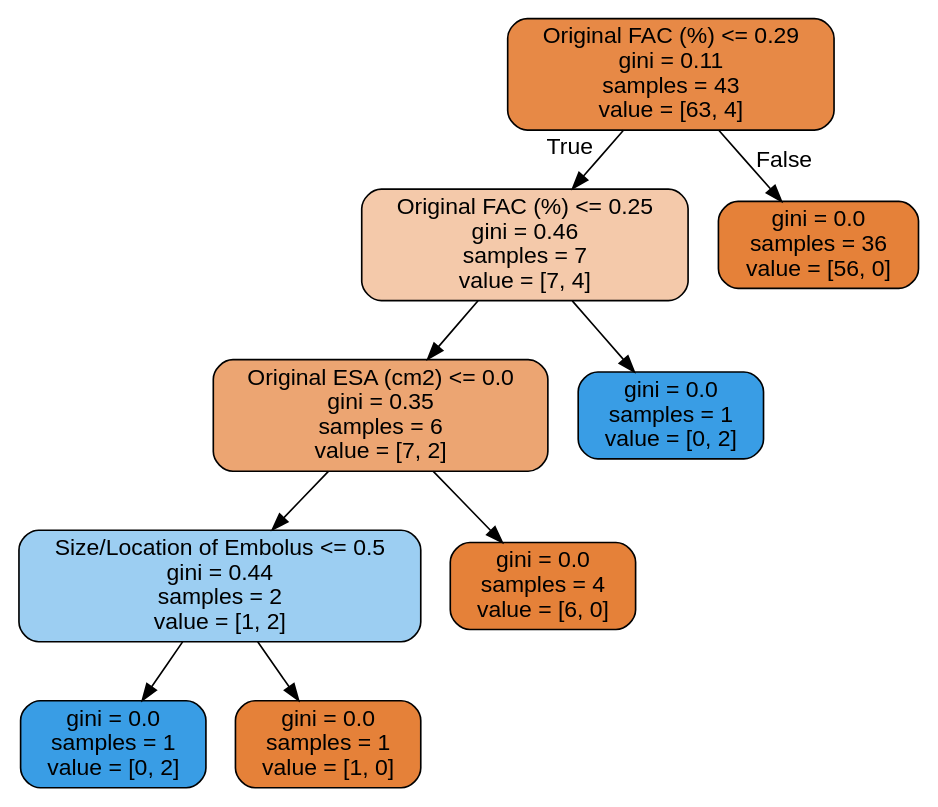
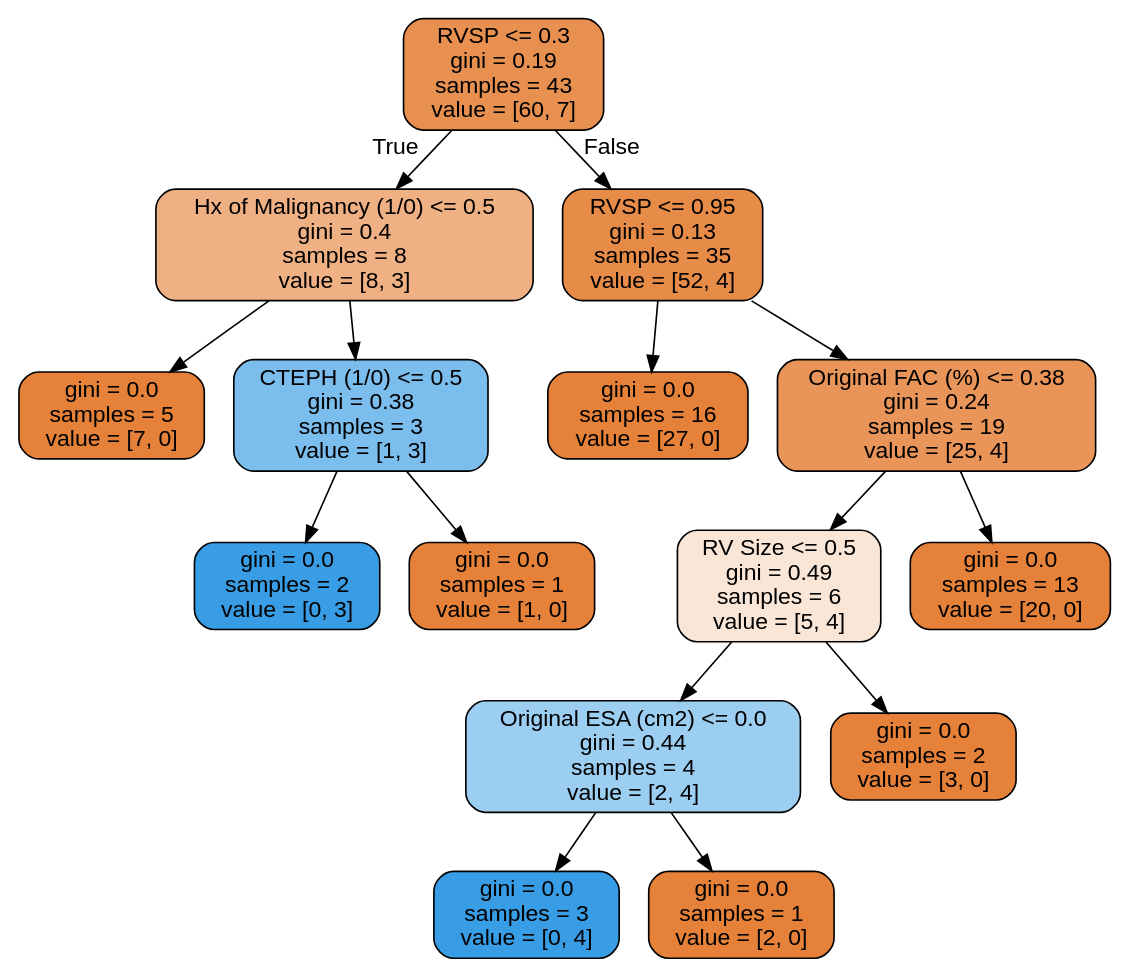
One commit to nitro41992/cs634-final-project changed the diagram in tree.dot. Above: the diagram before and after it, drawn with Graphviz. The commit also changed 2 other files, not shown here.

```diff
--- a/tree.dot
+++ b/tree.dot
@@ -1,21 +1,33 @@
 digraph Tree {
 node [shape=box, style="filled, rounded", color="black", fontname=helvetica] ;
 edge [fontname=helvetica] ;
-0 [label=" Original FAC (%) <= 0.29\ngini = 0.11\nsamples = 43\nvalue = [63, 4]", fillcolor="#e78946"] ;
-1 [label=" Original FAC (%) <= 0.25\ngini = 0.46\nsamples = 7\nvalue = [7, 4]", fillcolor="#f4c9aa"] ;
+0 [label="RVSP <= 0.3\ngini = 0.19\nsamples = 43\nvalue = [60, 7]", fillcolor="#e89050"] ;
+1 [label="Hx of Malignancy (1/0) <= 0.5\ngini = 0.4\nsamples = 8\nvalue = [8, 3]", fillcolor="#efb083"] ;
 0 -> 1 [labeldistance=2.5, labelangle=45, headlabel="True"] ;
-2 [label="Original ESA (cm2) <= 0.0\ngini = 0.35\nsamples = 6\nvalue = [7, 2]", fillcolor="#eca572"] ;
+2 [label="gini = 0.0\nsamples = 5\nvalue = [7, 0]", fillcolor="#e58139"] ;
 1 -> 2 ;
-3 [label="Size/Location of Embolus <= 0.5\ngini = 0.44\nsamples = 2\nvalue = [1, 2]", fillcolor="#9ccef2"] ;
-2 -> 3 ;
-4 [label="gini = 0.0\nsamples = 1\nvalue = [0, 2]", fillcolor="#399de5"] ;
+3 [label="CTEPH (1/0) <= 0.5\ngini = 0.38\nsamples = 3\nvalue = [1, 3]", fillcolor="#7bbeee"] ;
+1 -> 3 ;
+4 [label="gini = 0.0\nsamples = 2\nvalue = [0, 3]", fillcolor="#399de5"] ;
 3 -> 4 ;
 5 [label="gini = 0.0\nsamples = 1\nvalue = [1, 0]", fillcolor="#e58139"] ;
 3 -> 5 ;
-6 [label="gini = 0.0\nsamples = 4\nvalue = [6, 0]", fillcolor="#e58139"] ;
-2 -> 6 ;
-7 [label="gini = 0.0\nsamples = 1\nvalue = [0, 2]", fillcolor="#399de5"] ;
-1 -> 7 ;
-8 [label="gini = 0.0\nsamples = 36\nvalue = [56, 0]", fillcolor="#e58139"] ;
-0 -> 8 [labeldistance=2.5, labelangle=-45, headlabel="False"] ;
+6 [label="RVSP <= 0.95\ngini = 0.13\nsamples = 35\nvalue = [52, 4]", fillcolor="#e78b48"] ;
+0 -> 6 [labeldistance=2.5, labelangle=-45, headlabel="False"] ;
+7 [label="gini = 0.0\nsamples = 16\nvalue = [27, 0]", fillcolor="#e58139"] ;
+6 -> 7 ;
+8 [label="Original FAC (%) <= 0.38\ngini = 0.24\nsamples = 19\nvalue = [25, 4]", fillcolor="#e99559"] ;
+6 -> 8 ;
+9 [label="RV Size <= 0.5\ngini = 0.49\nsamples = 6\nvalue = [5, 4]", fillcolor="#fae6d7"] ;
+8 -> 9 ;
+10 [label="Original ESA (cm2) <= 0.0\ngini = 0.44\nsamples = 4\nvalue = [2, 4]", fillcolor="#9ccef2"] ;
+9 -> 10 ;
+11 [label="gini = 0.0\nsamples = 3\nvalue = [0, 4]", fillcolor="#399de5"] ;
+10 -> 11 ;
+12 [label="gini = 0.0\nsamples = 1\nvalue = [2, 0]", fillcolor="#e58139"] ;
+10 -> 12 ;
+13 [label="gini = 0.0\nsamples = 2\nvalue = [3, 0]", fillcolor="#e58139"] ;
+9 -> 13 ;
+14 [label="gini = 0.0\nsamples = 13\nvalue = [20, 0]", fillcolor="#e58139"] ;
+8 -> 14 ;
 }
```
